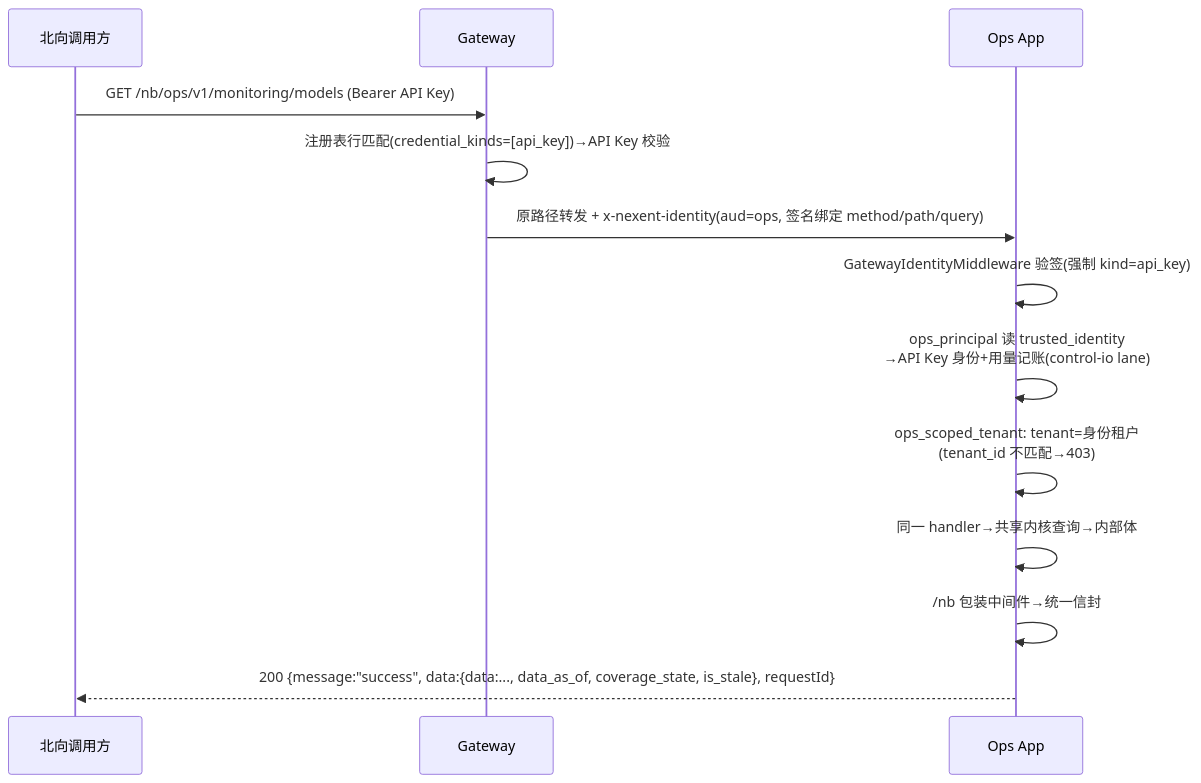
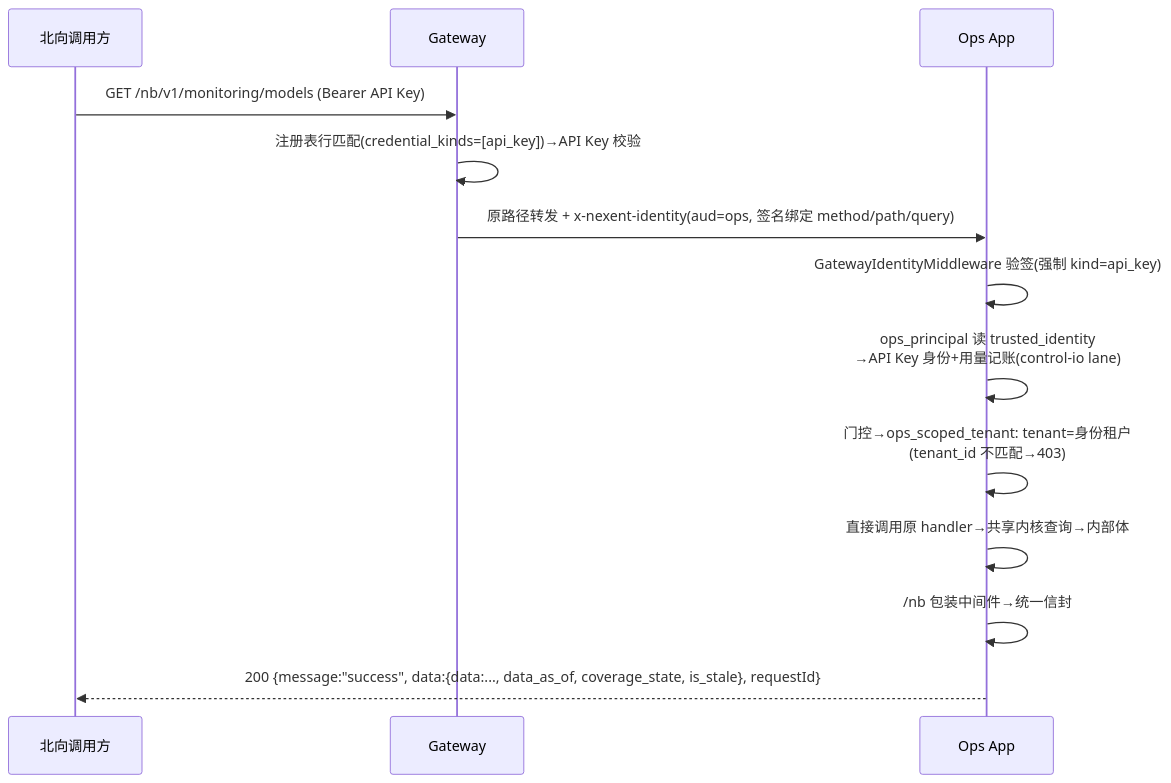
Before and after one commit to ModelEngine-Group/nexent: the second of 2 diagrams in docs/handoffs/2026-11-27-northbound-monitoring-reuse-design.md, drawn with Mermaid. The commit also changed other lines of this file and 15 other files, not shown here.

````diff
--- a/docs/handoffs/2026-11-27-northbound-monitoring-reuse-design.md
+++ b/docs/handoffs/2026-11-27-northbound-monitoring-reuse-design.md
@@ -172,15 +137,15 @@
 ```mermaid
 sequenceDiagram
     participant P as 北向调用方
     participant GW as Gateway
     participant OPS as Ops App
-    P->>GW: GET /nb/ops/v1/monitoring/models (Bearer API Key)
+    P->>GW: GET /nb/v1/monitoring/models (Bearer API Key)
     GW->>GW: 注册表行匹配(credential_kinds=[api_key])→API Key 校验
     GW->>OPS: 原路径转发 + x-nexent-identity(aud=ops, 签名绑定 method/path/query)
     OPS->>OPS: GatewayIdentityMiddleware 验签(强制 kind=api_key)
     OPS->>OPS: ops_principal 读 trusted_identity<br/>→API Key 身份+用量记账(control-io lane)
-    OPS->>OPS: ops_scoped_tenant: tenant=身份租户<br/>(tenant_id 不匹配→403)
-    OPS->>OPS: 同一 handler→共享内核查询→内部体
+    OPS->>OPS: 门控→ops_scoped_tenant: tenant=身份租户<br/>(tenant_id 不匹配→403)
+    OPS->>OPS: 直接调用原 handler→共享内核查询→内部体
     OPS->>OPS: /nb 包装中间件→统一信封
     OPS-->>P: 200 {message:"success", data:{data:..., data_as_of, coverage_state, is_stale}, requestId}
 ```
````
